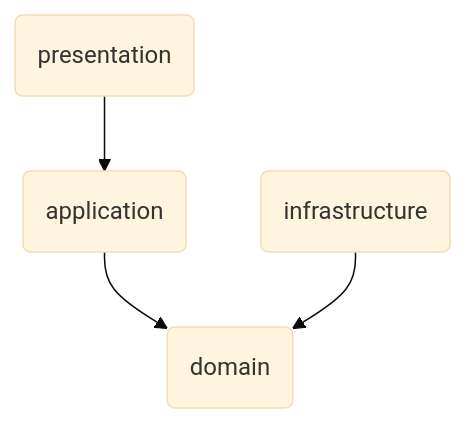
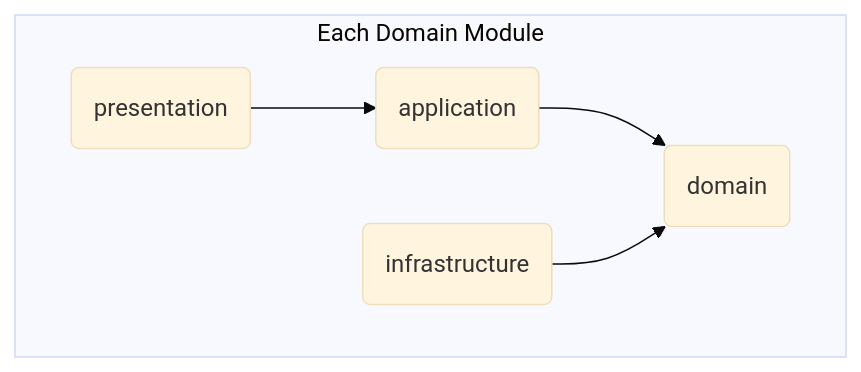
Before and after one commit to Turnin-Dev/turnin-server: the first of 3 diagrams in README.md, drawn with Mermaid (base theme). The commit also changed other lines of this file, not shown here.

````diff
--- a/README.md
+++ b/README.md
@@ -72,6 +111,8 @@
 ```mermaid
 flowchart TD
-    p(presentation) --> a(application)
-    a --> d(domain)
-    i(infrastructure) --> d
+    subgraph Each Domain Module
+        p(presentation) --> a(application)
+        a --> d(domain)
+        i(infrastructure) --> d
+    end
 ```
````
